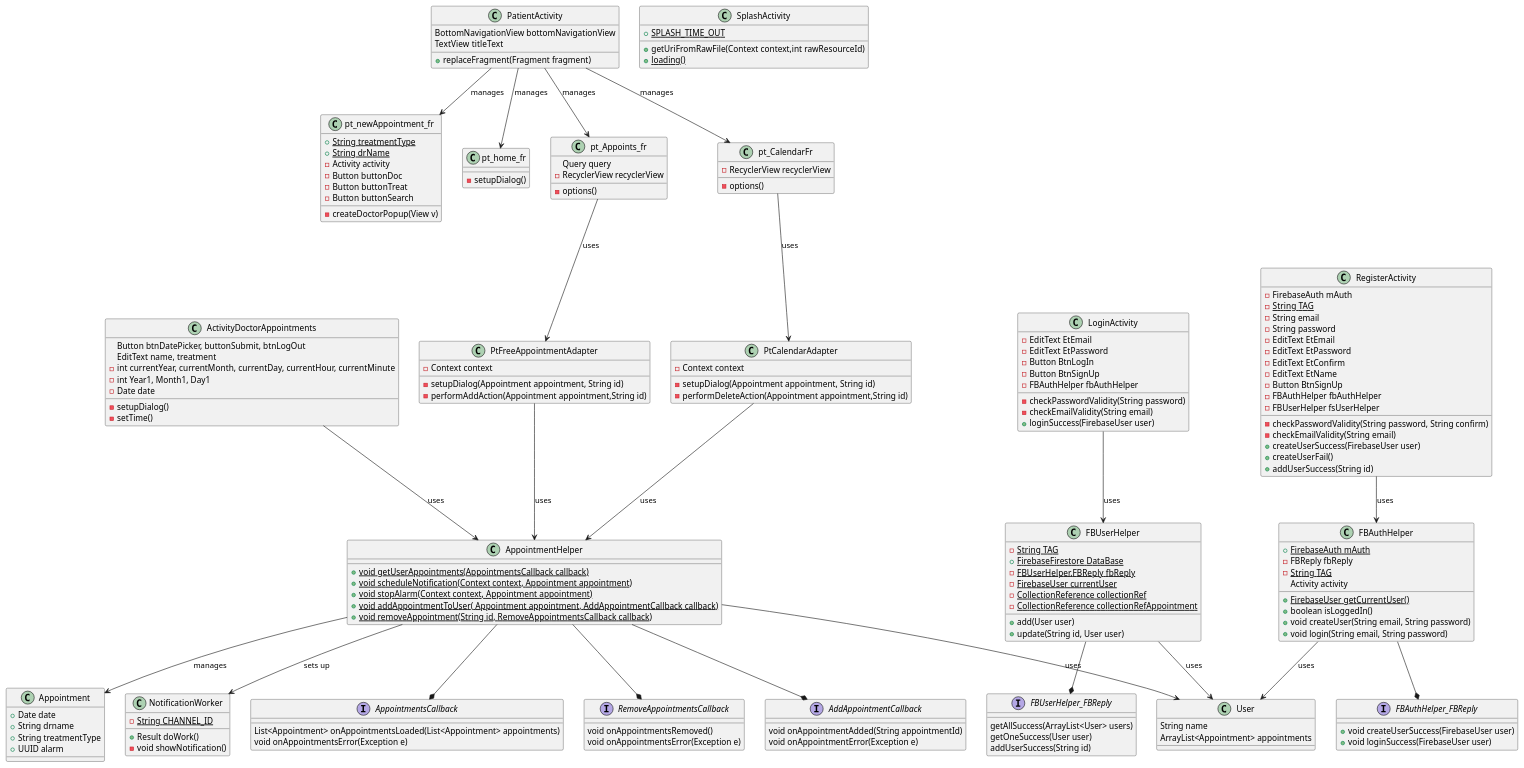
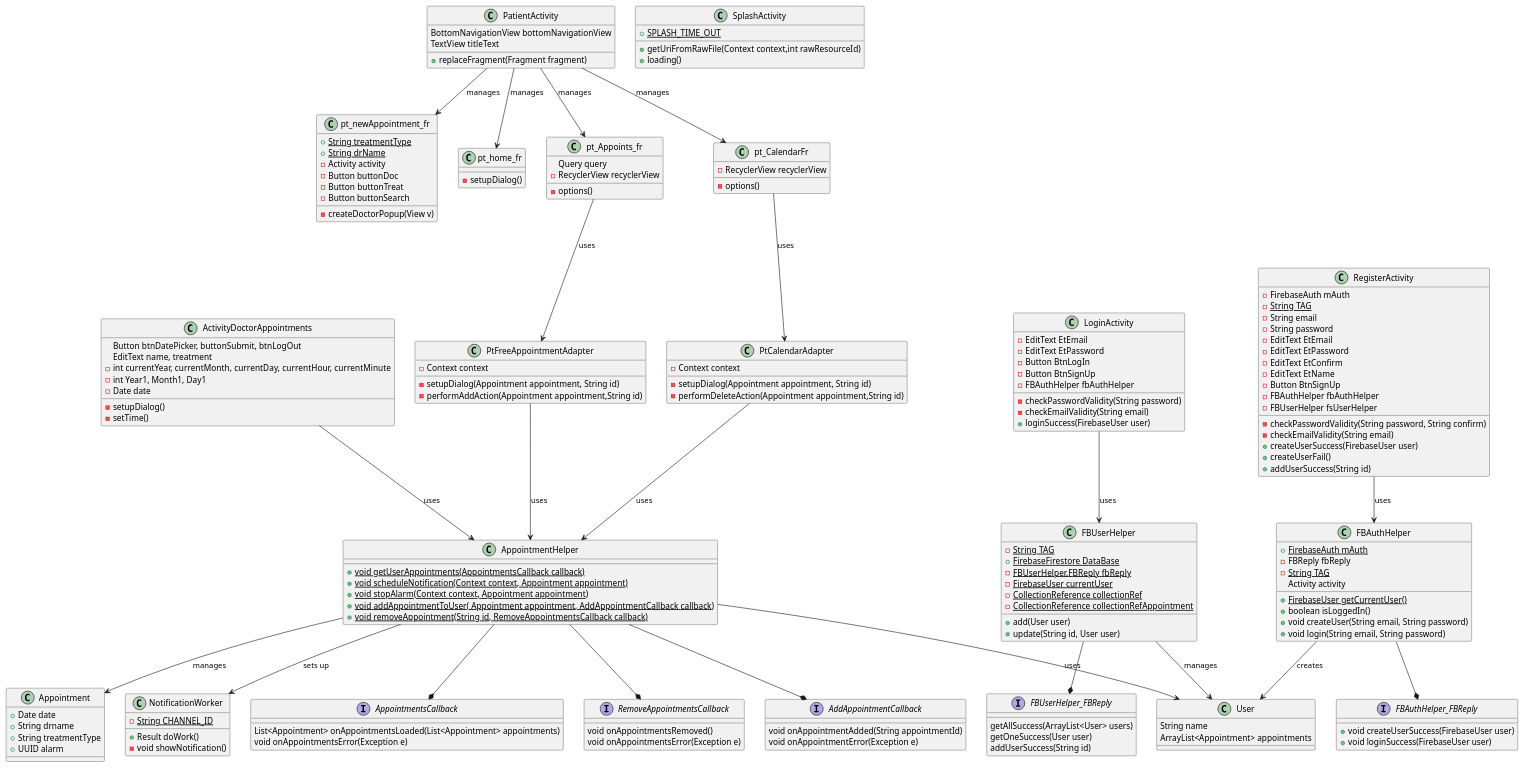
Before and after one commit to alonlevhamelechalonlevalonlevlevalon13/Dentex3: the diagram in app/src/main/java/com/example/dentex/allTogetherUML.puml, drawn with PlantUML. The commit also changed 2 other files, not shown here.

```diff
--- a/app/src/main/java/com/example/dentex/allTogetherUML.puml
+++ b/app/src/main/java/com/example/dentex/allTogetherUML.puml
@@ -1,171 +1,171 @@
 @startuml
 
 class PatientActivity {
      BottomNavigationView bottomNavigationView
      TextView titleText
     + replaceFragment(Fragment fragment)
 }
 
 class pt_newAppointment_fr {
           +{static}String treatmentType
           +{static}String drName
           -Activity activity
           -Button buttonDoc
           -Button buttonTreat
           -Button buttonSearch
     -createDoctorPopup(View v)
 }
 
 class pt_home_fr {
     -setupDialog()
 }
 
 class pt_CalendarFr {
     -RecyclerView recyclerView
     -options()
 }
 
 class pt_Appoints_fr {
     Query query
     -RecyclerView recyclerView
     -options()
 }
 class SplashActivity {
     +{static}SPLASH_TIME_OUT
     + getUriFromRawFile(Context context,int rawResourceId)
-    + {static}loading()
+    + loading()
 }
 class RegisterActivity{
 -FirebaseAuth mAuth
 -{static}String TAG
 -String email
 -String password
 -EditText EtEmail
 -EditText EtPassword
 -EditText EtConfirm
 -EditText EtName
 -Button BtnSignUp
 -FBAuthHelper fbAuthHelper
 -FBUserHelper fsUserHelper
 -checkPasswordValidity(String password, String confirm)
 -checkEmailValidity(String email)
 +createUserSuccess(FirebaseUser user)
 +createUserFail()
 +addUserSuccess(String id)
 }
 class LoginActivity{
     -EditText EtEmail
     -EditText EtPassword
     -Button BtnLogIn
     -Button BtnSignUp
     -FBAuthHelper fbAuthHelper
     -checkPasswordValidity(String password)
     -checkEmailValidity(String email)
     +loginSuccess(FirebaseUser user)
 }
 class ActivityDoctorAppointments{
     Button btnDatePicker, buttonSubmit, btnLogOut
     EditText name, treatment
     -int currentYear, currentMonth, currentDay, currentHour, currentMinute
     -int Year1, Month1, Day1
     -Date date
     -setupDialog()
     -setTime()
 }
 class PtFreeAppointmentAdapter{
  -Context context
  -setupDialog(Appointment appointment, String id)
  -performAddAction(Appointment appointment,String id)
 }
 class PtCalendarAdapter{
 -Context context
 -setupDialog(Appointment appointment, String id)
  -performDeleteAction(Appointment appointment,String id)
 }
 
 class FBUserHelper{
     -{static}String TAG
     +{static}FirebaseFirestore DataBase
     -{static}FBUserHelper.FBReply fbReply
     -{static}FirebaseUser currentUser
     -{static}CollectionReference collectionRef
     -{static}CollectionReference collectionRefAppointment
     +add(User user)
     +update(String id, User user)
 }
 interface FBUserHelper_FBReply {
     getAllSuccess(ArrayList<User> users)
     getOneSuccess(User user)
     addUserSuccess(String id)
 }
 class FBAuthHelper{
     + {static} FirebaseAuth mAuth
     - FBReply fbReply
     - {static} String TAG
     Activity activity
     + {static} FirebaseUser getCurrentUser()
     + boolean isLoggedIn()
     + void createUser(String email, String password)
     + void login(String email, String password)
 }
  interface AppointmentsCallback {
         List<Appointment> onAppointmentsLoaded(List<Appointment> appointments)
         void onAppointmentsError(Exception e)
 }
 interface RemoveAppointmentsCallback {
         void onAppointmentsRemoved()
         void onAppointmentsError(Exception e)
 }
 
 interface AddAppointmentCallback {
         void onAppointmentAdded(String appointmentId)
         void onAppointmentError(Exception e)
 }
 interface FBAuthHelper_FBReply{
         + void createUserSuccess(FirebaseUser user)
         + void loginSuccess(FirebaseUser user)
 }
 class AppointmentHelper {
 + {static} void getUserAppointments(AppointmentsCallback callback)
 + {static} void scheduleNotification(Context context, Appointment appointment)
 + {static} void stopAlarm(Context context, Appointment appointment)
 + {static} void addAppointmentToUser( Appointment appointment, AddAppointmentCallback callback)
 + {static} void removeAppointment(String id, RemoveAppointmentsCallback callback)
 }
 class User {
 String name
 ArrayList<Appointment> appointments
 }
 class Appointment{
     + Date date
     + String drname
     + String treatmentType
     + UUID alarm
 }
 class NotificationWorker{
 - {static} String CHANNEL_ID
 + Result doWork()
 - void showNotification()
 }
 PatientActivity --> pt_CalendarFr :manages
 PatientActivity --> pt_Appoints_fr :manages
 PatientActivity --> pt_home_fr :manages
 PatientActivity --> pt_newAppointment_fr :manages
 AppointmentHelper --* AppointmentsCallback
 AppointmentHelper --* RemoveAppointmentsCallback
 AppointmentHelper --* AddAppointmentCallback
 FBAuthHelper --* FBAuthHelper_FBReply
 FBUserHelper --* FBUserHelper_FBReply
 RegisterActivity --> FBAuthHelper: uses
 LoginActivity --> FBUserHelper: uses
 PtCalendarAdapter --> AppointmentHelper: uses
 PtFreeAppointmentAdapter --> AppointmentHelper: uses
 AppointmentHelper --> Appointment: manages
 ActivityDoctorAppointments --> AppointmentHelper: uses
-FBUserHelper --> User: uses
-FBAuthHelper --> User: uses
+FBUserHelper --> User: manages
+FBAuthHelper --> User: creates
 AppointmentHelper --> NotificationWorker: sets up
 pt_CalendarFr --> PtCalendarAdapter: uses
 pt_Appoints_fr --> PtFreeAppointmentAdapter: uses
 AppointmentHelper --> User: uses
 @enduml
```
